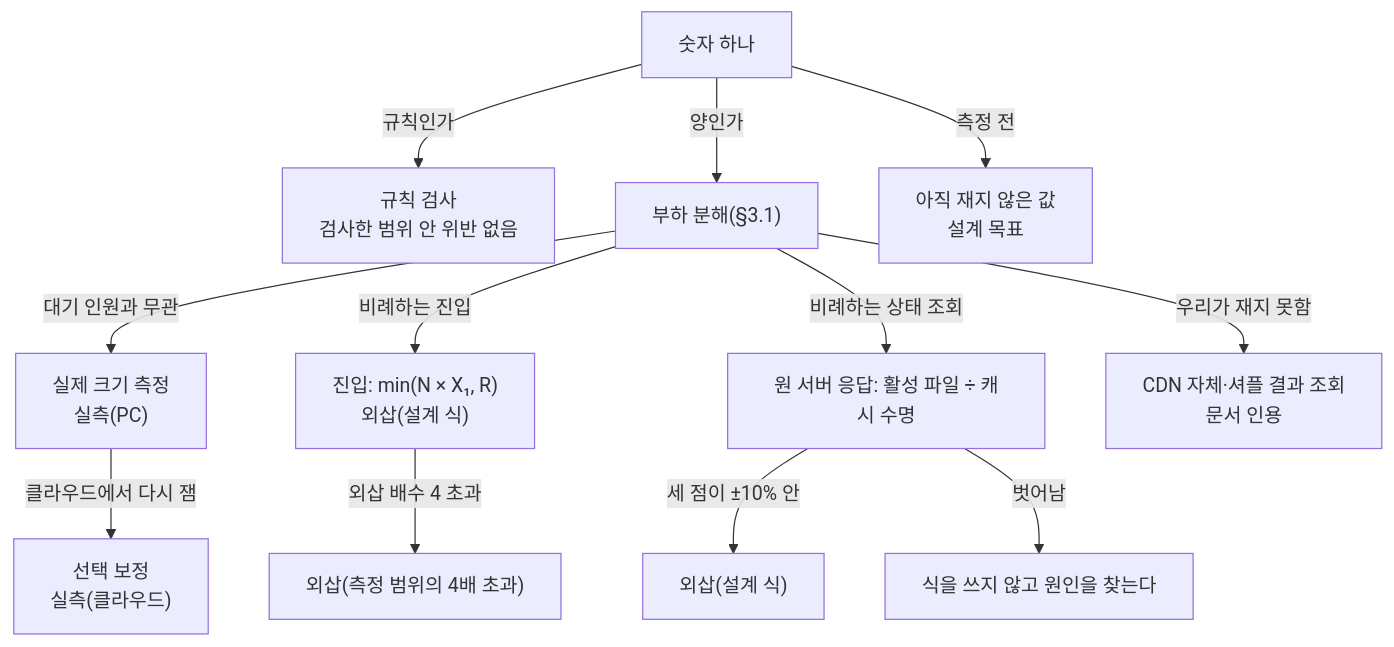
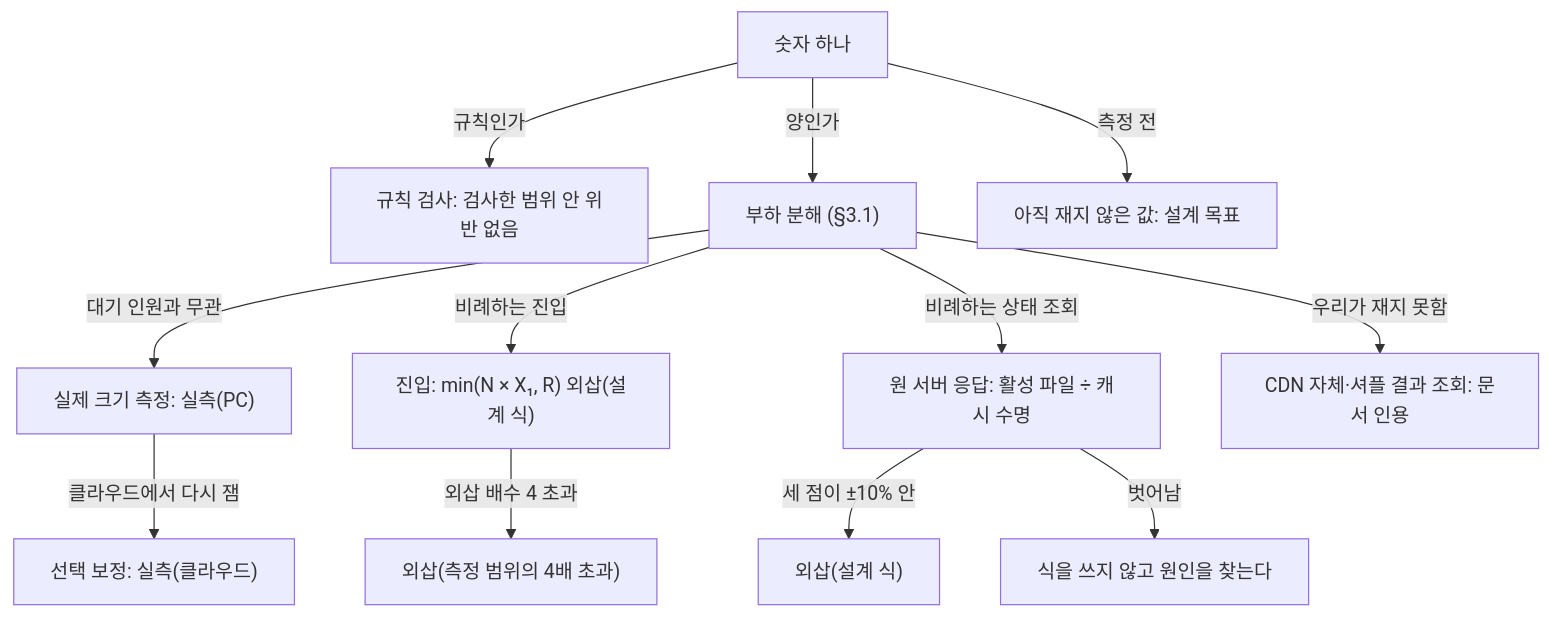
The diagram in docs/walkthrough/fields/22-verification.md (peaket/peaket), drawn with Mermaid before and after one commit. The commit also changed other lines of this file and 77 other files, not shown here.

````diff
--- a/docs/walkthrough/fields/22-verification.md
+++ b/docs/walkthrough/fields/22-verification.md
@@ -169,25 +32,25 @@
 ```mermaid
 flowchart TD
     n["숫자 하나"]
-    rule["규칙 검사<br/>검사한 범위 안 위반 없음"]
-    split["부하 분해(§3.1)"]
-    real["실제 크기 측정<br/>실측(PC)"]
-    cloud["선택 보정<br/>실측(클라우드)"]
-    entry["진입: min(N × X₁, R)<br/>외삽(설계 식)"]
+    rule["규칙 검사: 검사한 범위 안 위반 없음"]
+    split["부하 분해 (§3.1)"]
+    real["실제 크기 측정: 실측(PC)"]
+    cloud["선택 보정: 실측(클라우드)"]
+    entry["진입: min(N × X₁, R) 외삽(설계 식)"]
     over["외삽(측정 범위의 4배 초과)"]
     origin["원 서버 응답: 활성 파일 ÷ 캐시 수명"]
     stop["식을 쓰지 않고 원인을 찾는다"]
-    cite["CDN 자체·셔플 결과 조회<br/>문서 인용"]
-    target["아직 재지 않은 값<br/>설계 목표"]
+    cite["CDN 자체·셔플 결과 조회: 문서 인용"]
+    target["아직 재지 않은 값: 설계 목표"]
     n -->|"규칙인가"| rule
     n -->|"양인가"| split
     split -->|"대기 인원과 무관"| real
     real -->|"클라우드에서 다시 잼"| cloud
     split -->|"비례하는 진입"| entry
     entry -->|"외삽 배수 4 초과"| over
     split -->|"비례하는 상태 조회"| origin
     origin -->|"세 점이 ±10% 안"| entry2["외삽(설계 식)"]
     origin -->|"벗어남"| stop
     split -->|"우리가 재지 못함"| cite
     n -->|"측정 전"| target
 ```
````
